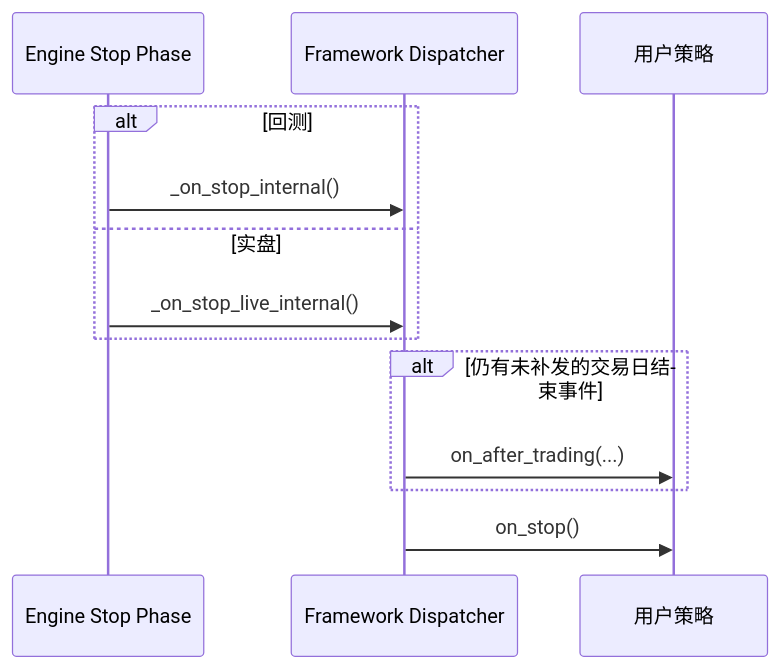
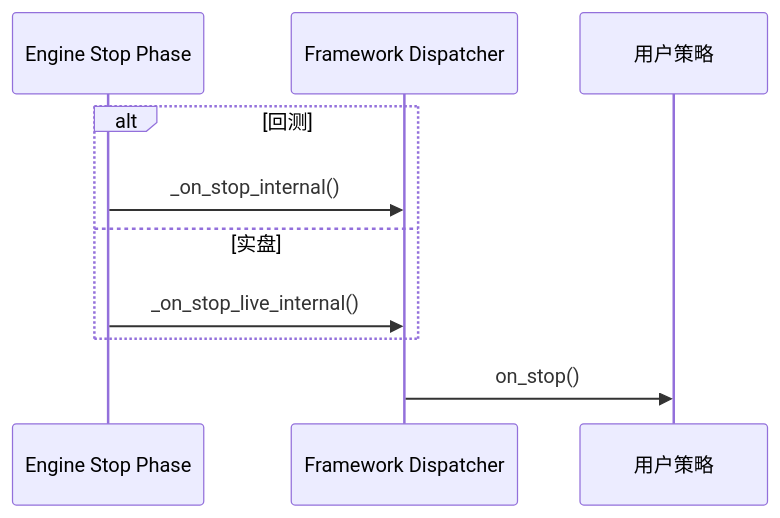
Before and after one commit to akfamily/akquant: the second of 2 diagrams in docs/zh/guide/strategy.md, drawn with Mermaid. The commit also changed other lines of this file and 11 other files, not shown here.

````diff
--- a/docs/zh/guide/strategy.md
+++ b/docs/zh/guide/strategy.md
@@ -129,16 +130,13 @@
 ```mermaid
 sequenceDiagram
     participant Engine as Engine Stop Phase
     participant FW as Framework Dispatcher
     participant Strategy as 用户策略
 
     alt 回测
         Engine->>FW: _on_stop_internal()
     else 实盘
         Engine->>FW: _on_stop_live_internal()
     end
-    alt 仍有未补发的交易日结束事件
-        FW->>Strategy: on_after_trading(...)
-    end
     FW->>Strategy: on_stop()
 ```
````
